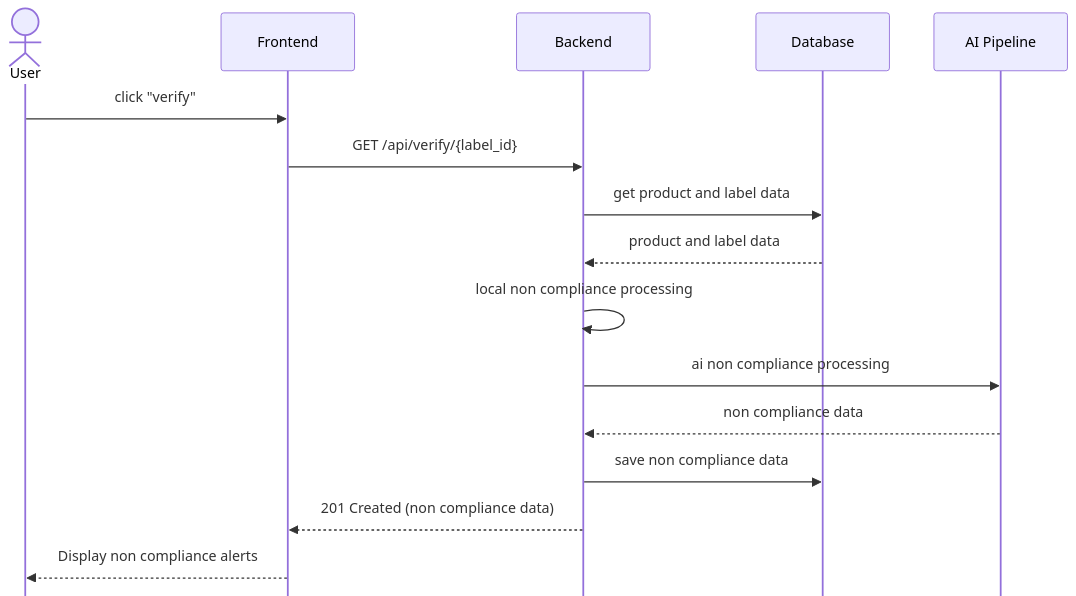
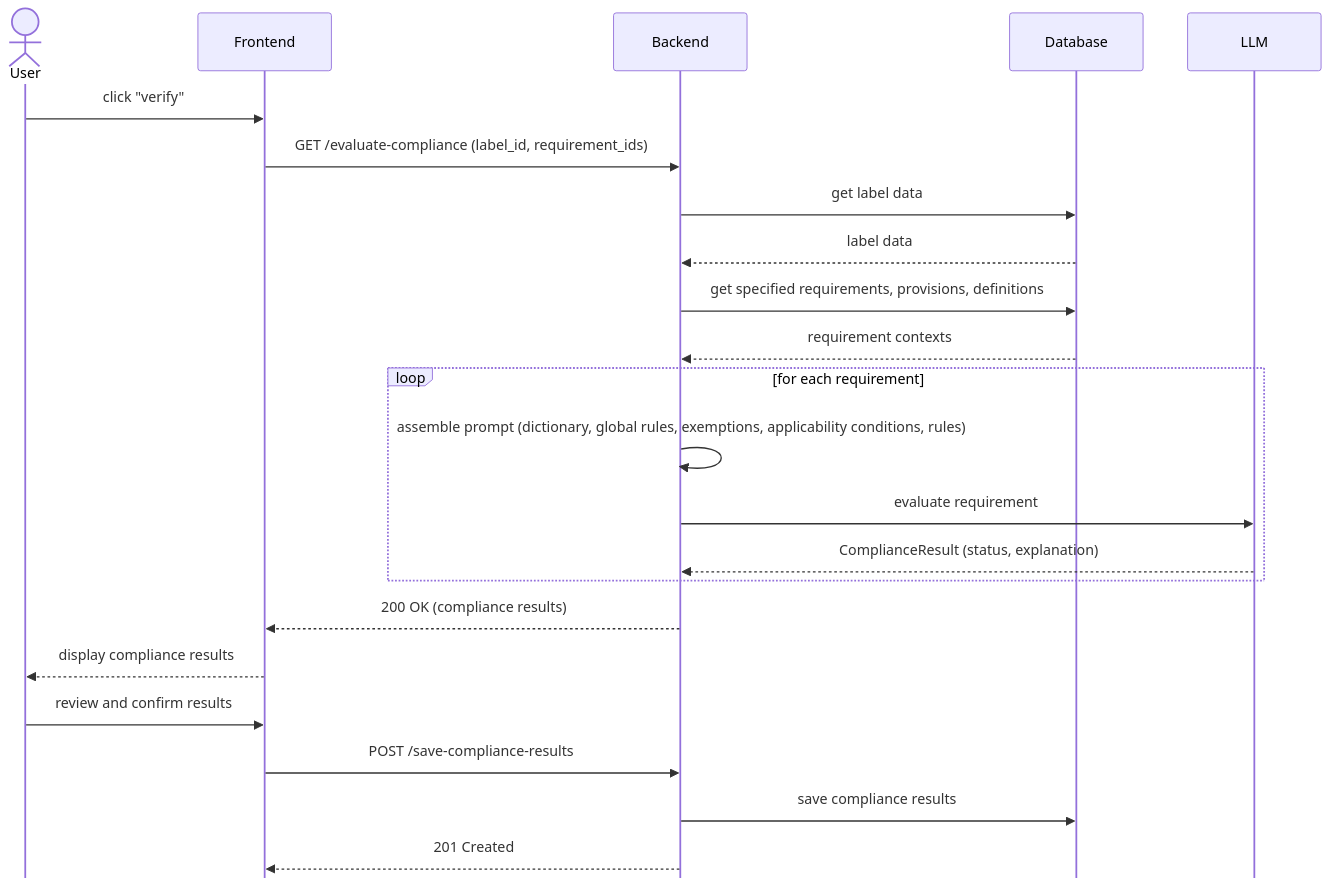
Before and after one commit to ai-cfia/fertiscan: the first of 2 diagrams in docs/compliance/design.md, drawn with Mermaid. The commit also changed other lines of this file and 3 other files, not shown here.

Commit message:
docs(compliance): redesign compliance architecture and evaluation flow

````diff
--- a/docs/compliance/design.md
+++ b/docs/compliance/design.md
@@ -5,25 +5,33 @@
 ```mermaid
 %%{init: { "sequence": { "mirrorActors": false } }}%%
 sequenceDiagram
     actor usr as User
     participant fe as Frontend
     participant be as Backend
     participant db as Database
-    participant ai as AI Pipeline
+    participant llm as LLM
 
     usr ->> fe : click "verify"
-    fe ->> be : GET /api/verify/{label_id}
+    fe ->> be : GET /evaluate-compliance (label_id, requirement_ids)
 
-    be ->> db : get product and label data
-    db -->> be : product and label data
+    be ->> db : get label data
+    db -->> be : label data
 
-    be ->> be : local non compliance processing
-    be ->> ai : ai non compliance processing
-    ai -->> be : non compliance data
+    be ->> db : get specified requirements, provisions, definitions
+    db -->> be : requirement contexts
 
-    be ->> db : save non compliance data
+    loop for each requirement
+        be ->> be : assemble prompt (dictionary, global rules, exemptions, applicability conditions, rules)
+        be ->> llm : evaluate requirement
+        llm -->> be : ComplianceResult (status, explanation)
+    end
 
-    be -->> fe: 201 Created (non compliance data)
+    be -->> fe : 200 OK (compliance results)
 
-    fe -->> usr: Display non compliance alerts
+    fe -->> usr : display compliance results
+
+    usr ->> fe : review and confirm results
+    fe ->> be : POST /save-compliance-results
+    be ->> db : save compliance results
+    be -->> fe : 201 Created
 ```
````
